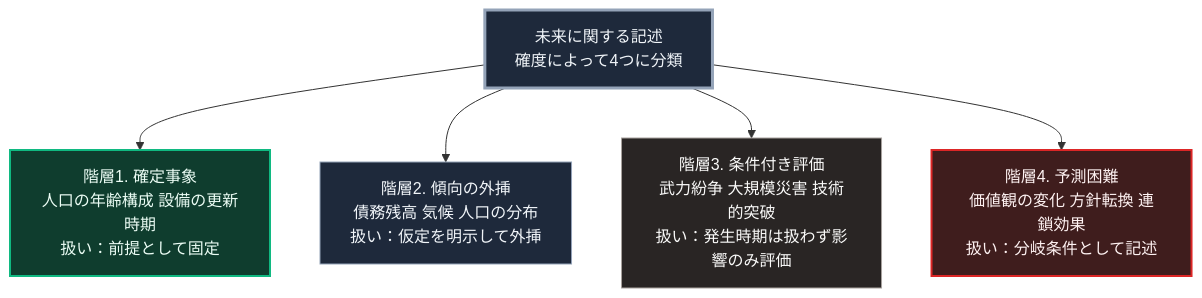
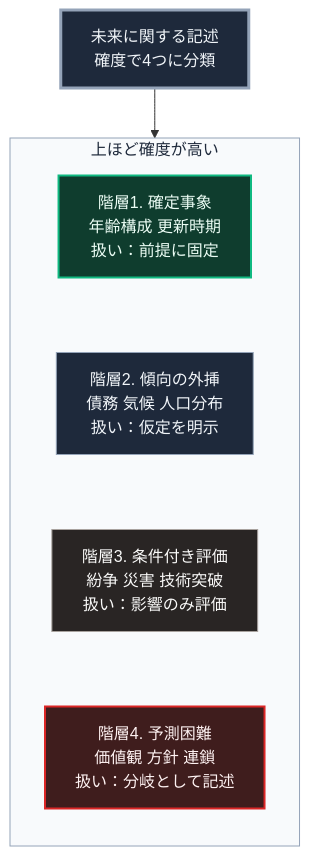
One commit to Takenori-Kusaka/zenn-content changed the diagram in books/sovereign-resilience-blueprint/future-method.md. Above: the diagram before and after it, drawn with Mermaid. The commit also changed other lines of this file and 114 other files, not shown here.

````diff
--- a/books/sovereign-resilience-blueprint/future-method.md
+++ b/books/sovereign-resilience-blueprint/future-method.md
@@ -81,14 +81,18 @@
 ```mermaid
 flowchart TD
-    R[未来に関する記述<br>確度によって4つに分類]
-    R --> L1[階層1. 確定事象<br>人口の年齢構成 設備の更新時期<br>扱い：前提として固定]
-    R --> L2[階層2. 傾向の外挿<br>債務残高 気候 人口の分布<br>扱い：仮定を明示して外挿]
-    R --> L3[階層3. 条件付き評価<br>武力紛争 大規模災害 技術的突破<br>扱い：発生時期は扱わず影響のみ評価]
-    R --> L4[階層4. 予測困難<br>価値観の変化 方針転換 連鎖効果<br>扱い：分岐条件として記述]
+    R[未来に関する記述<br>確度で4つに分類]
+    subgraph G[上ほど確度が高い]
+        direction TB
+        L1[階層1. 確定事象<br>年齢構成 更新時期<br>扱い：前提に固定] ~~~ L2[階層2. 傾向の外挿<br>債務 気候 人口分布<br>扱い：仮定を明示]
+        L2 ~~~ L3[階層3. 条件付き評価<br>紛争 災害 技術突破<br>扱い：影響のみ評価]
+        L3 ~~~ L4[階層4. 予測困難<br>価値観 方針 連鎖<br>扱い：分岐として記述]
+    end
+    R --> G
 
     style R fill:#1e293b,stroke:#94a3b8,stroke-width:3px,color:#f1f5f9
+    style G fill:#f8fafc,stroke:#94a3b8,color:#1e293b
     style L1 fill:#0f3d2e,stroke:#10b981,stroke-width:2px,color:#ecfdf5
     style L2 fill:#1e293b,stroke:#94a3b8,color:#f1f5f9
     style L3 fill:#292524,stroke:#a8a29e,color:#fafaf9
     style L4 fill:#3f1d1d,stroke:#dc2626,stroke-width:2px,color:#fef2f2
 ```
````
